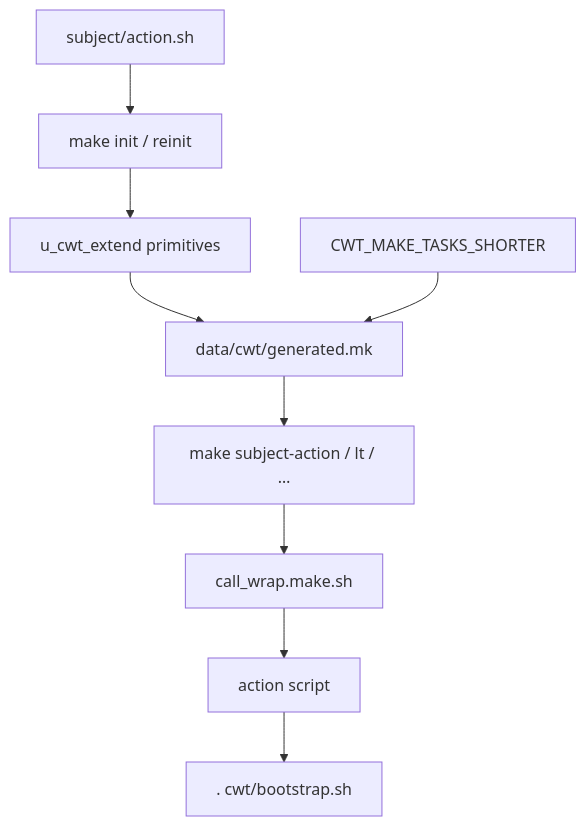
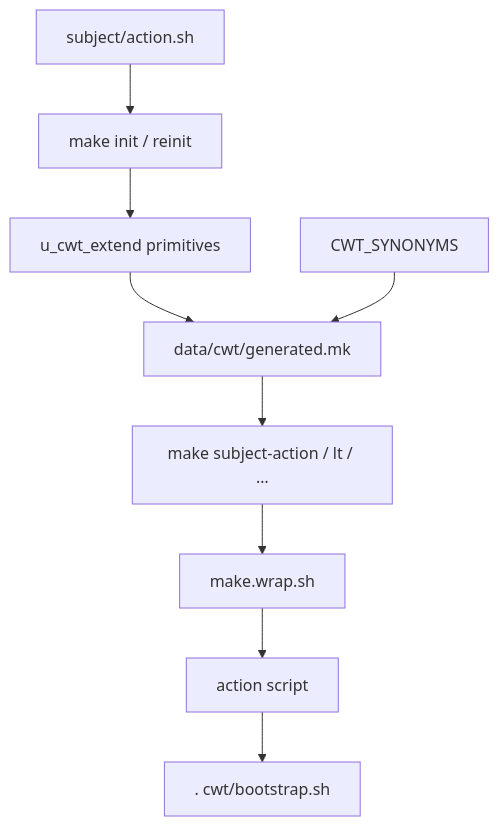
The diagram in docs/cwt/actions-and-make.md (Paulmicha/common-web-tools), drawn with Mermaid before and after one commit. The commit also changed other lines of this file and 39 other files, not shown here.

````diff
--- a/docs/cwt/actions-and-make.md
+++ b/docs/cwt/actions-and-make.md
@@ -5,11 +5,11 @@
 ```mermaid
 flowchart TD
   disk["subject/action.sh"] --> init["make init / reinit"]
   init --> prim["u_cwt_extend primitives"]
   prim --> mk["data/cwt/generated.mk"]
-  shorter["CWT_MAKE_TASKS_SHORTER"] --> mk
+  shorter["CWT_SYNONYMS"] --> mk
   mk --> makeCall["make subject-action / lt / …"]
-  makeCall --> wrap["call_wrap.make.sh"]
+  makeCall --> wrap["make.wrap.sh"]
   wrap --> script["action script"]
   script --> bs[". cwt/bootstrap.sh"]
 ```
````
